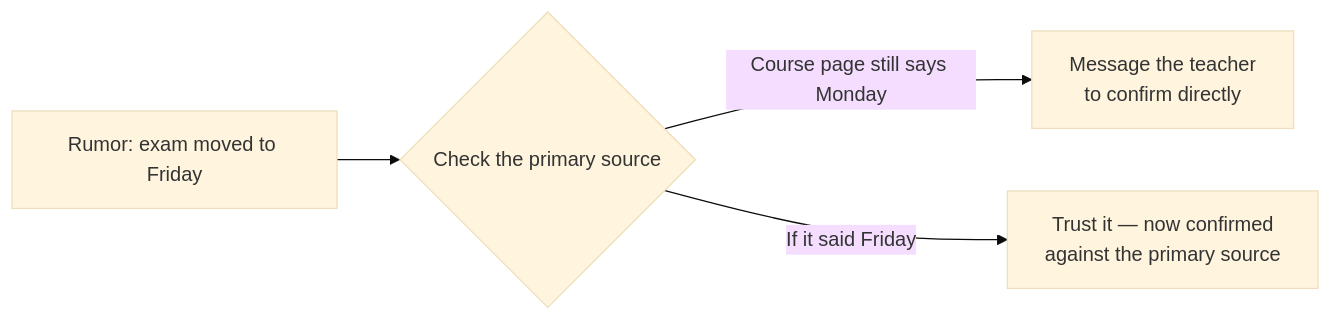
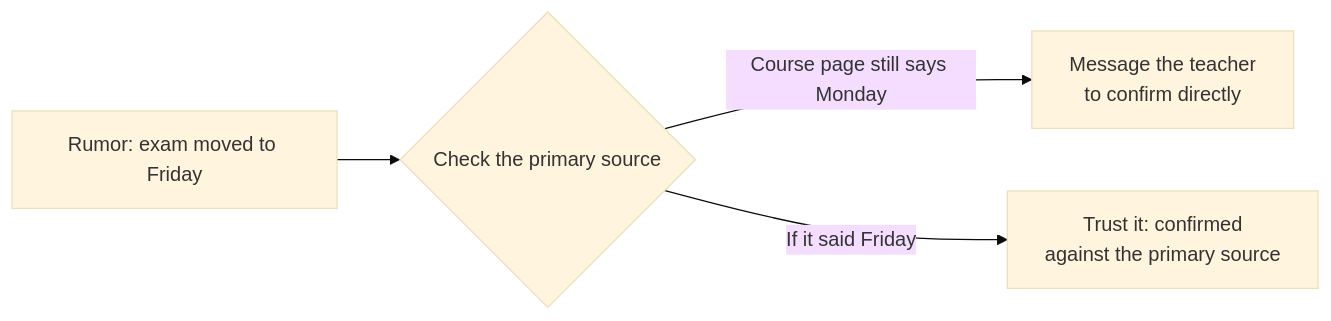
The diagram in src/content/learning-craft/source-evaluation/L3-deep-dive.mdx (francoandreDev/knowledge), drawn with Mermaid (base theme) before and after one commit. The commit also changed other lines of this file and 3 other files, not shown here.

````diff
--- a/src/content/learning-craft/source-evaluation/L3-deep-dive.mdx
+++ b/src/content/learning-craft/source-evaluation/L3-deep-dive.mdx
@@ -49,6 +53,6 @@
 ```mermaid
 flowchart LR
     Rumor["Rumor: exam moved to Friday"] --> Check{"Check the primary source"}
     Check -->|"Course page still says Monday"| Resolve["Message the teacher\nto confirm directly"]
-    Check -->|"If it said Friday"| Trust["Trust it — now confirmed\nagainst the primary source"]
+    Check -->|"If it said Friday"| Trust["Trust it: confirmed\nagainst the primary source"]
 ```
````
